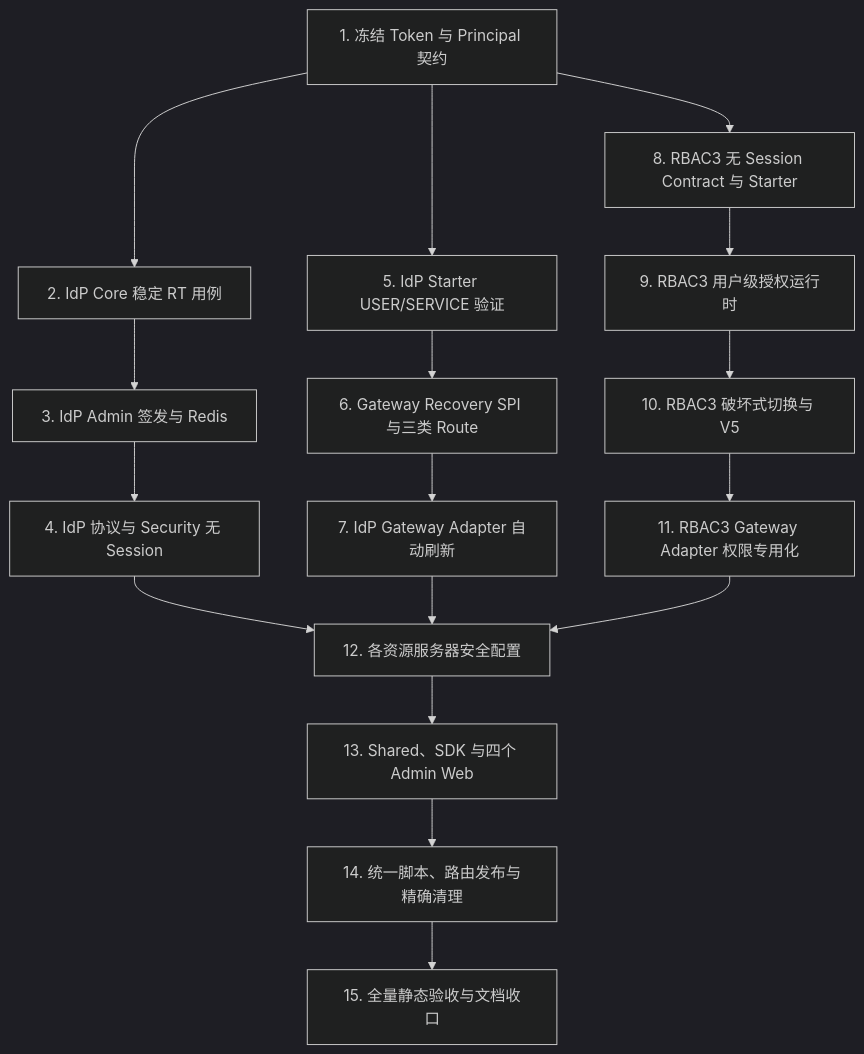
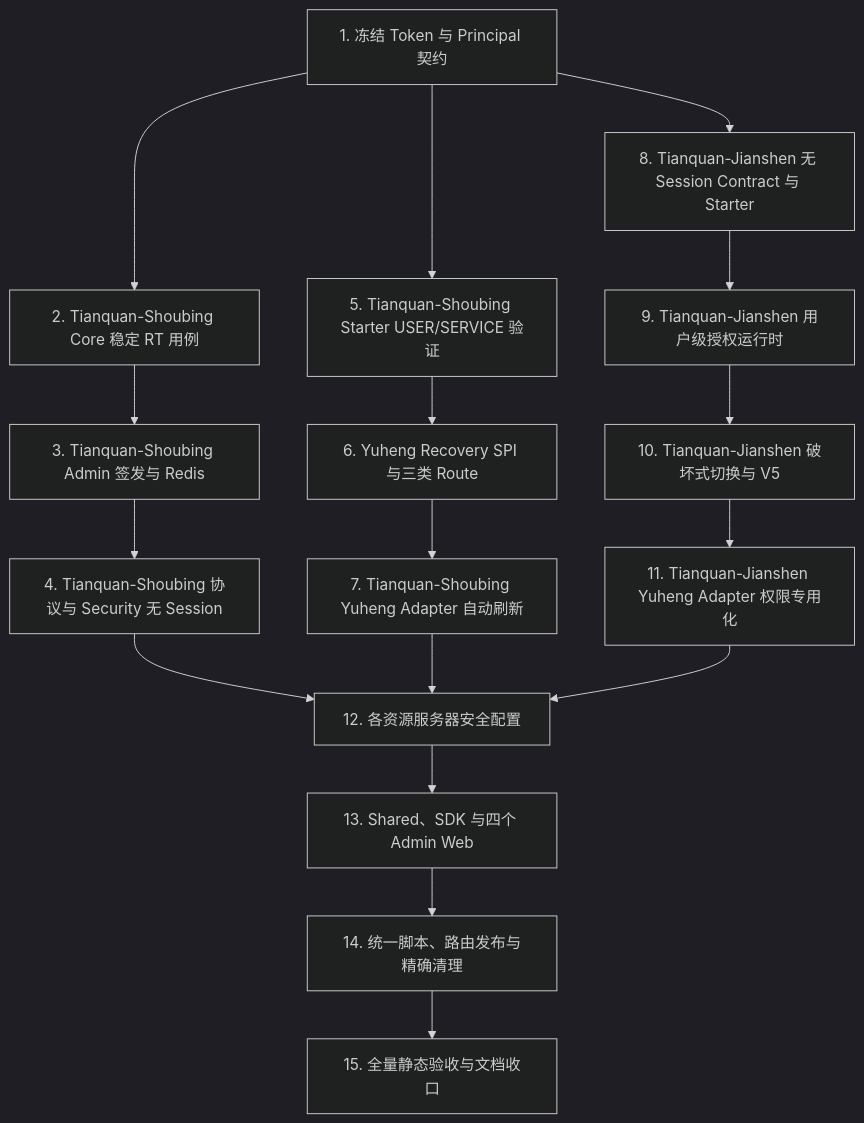
One commit to AllenDEricDAlexander/Egon-COLA changed the diagram in docs/superpowers/plans/2026-08-14-unified-identity-stateless-jwt-session-removal.md. Above: the diagram before and after it, drawn with Mermaid (dark theme). The commit also changed other lines of this file and 233 other files, not shown here.

````diff
--- a/docs/superpowers/plans/2026-08-14-unified-identity-stateless-jwt-session-removal.md
+++ b/docs/superpowers/plans/2026-08-14-unified-identity-stateless-jwt-session-removal.md
@@ -65,19 +65,19 @@
 ```mermaid
 flowchart TD
-    T1["1. 冻结 Token 与 Principal 契约"] --> T2["2. IdP Core 稳定 RT 用例"]
-    T2 --> T3["3. IdP Admin 签发与 Redis"]
-    T3 --> T4["4. IdP 协议与 Security 无 Session"]
-    T1 --> T5["5. IdP Starter USER/SERVICE 验证"]
-    T5 --> T6["6. Gateway Recovery SPI 与三类 Route"]
-    T6 --> T7["7. IdP Gateway Adapter 自动刷新"]
-    T1 --> T8["8. RBAC3 无 Session Contract 与 Starter"]
-    T8 --> T9["9. RBAC3 用户级授权运行时"]
-    T9 --> T10["10. RBAC3 破坏式切换与 V5"]
-    T10 --> T11["11. RBAC3 Gateway Adapter 权限专用化"]
+    T1["1. 冻结 Token 与 Principal 契约"] --> T2["2. Tianquan-Shoubing Core 稳定 RT 用例"]
+    T2 --> T3["3. Tianquan-Shoubing Admin 签发与 Redis"]
+    T3 --> T4["4. Tianquan-Shoubing 协议与 Security 无 Session"]
+    T1 --> T5["5. Tianquan-Shoubing Starter USER/SERVICE 验证"]
+    T5 --> T6["6. Yuheng Recovery SPI 与三类 Route"]
+    T6 --> T7["7. Tianquan-Shoubing Yuheng Adapter 自动刷新"]
+    T1 --> T8["8. Tianquan-Jianshen 无 Session Contract 与 Starter"]
+    T8 --> T9["9. Tianquan-Jianshen 用户级授权运行时"]
+    T9 --> T10["10. Tianquan-Jianshen 破坏式切换与 V5"]
+    T10 --> T11["11. Tianquan-Jianshen Yuheng Adapter 权限专用化"]
     T4 --> T12["12. 各资源服务器安全配置"]
     T7 --> T12
     T11 --> T12
     T12 --> T13["13. Shared、SDK 与四个 Admin Web"]
     T13 --> T14["14. 统一脚本、路由发布与精确清理"]
     T14 --> T15["15. 全量静态验收与文档收口"]
 ```
````
